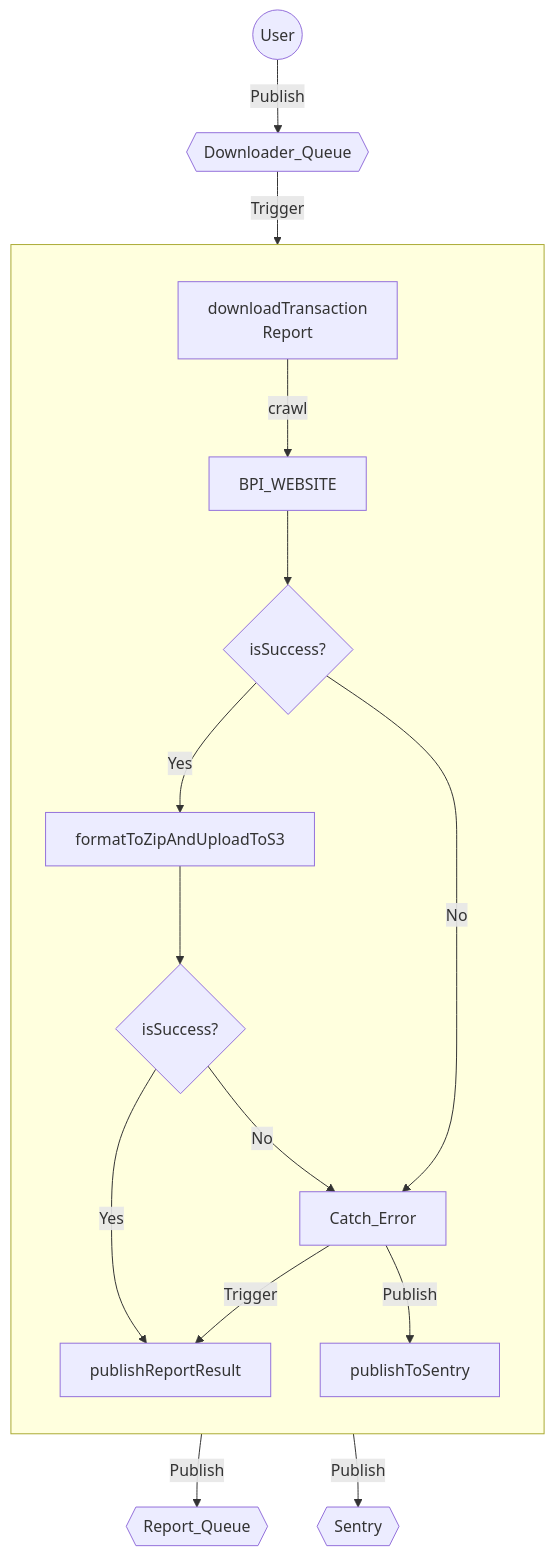
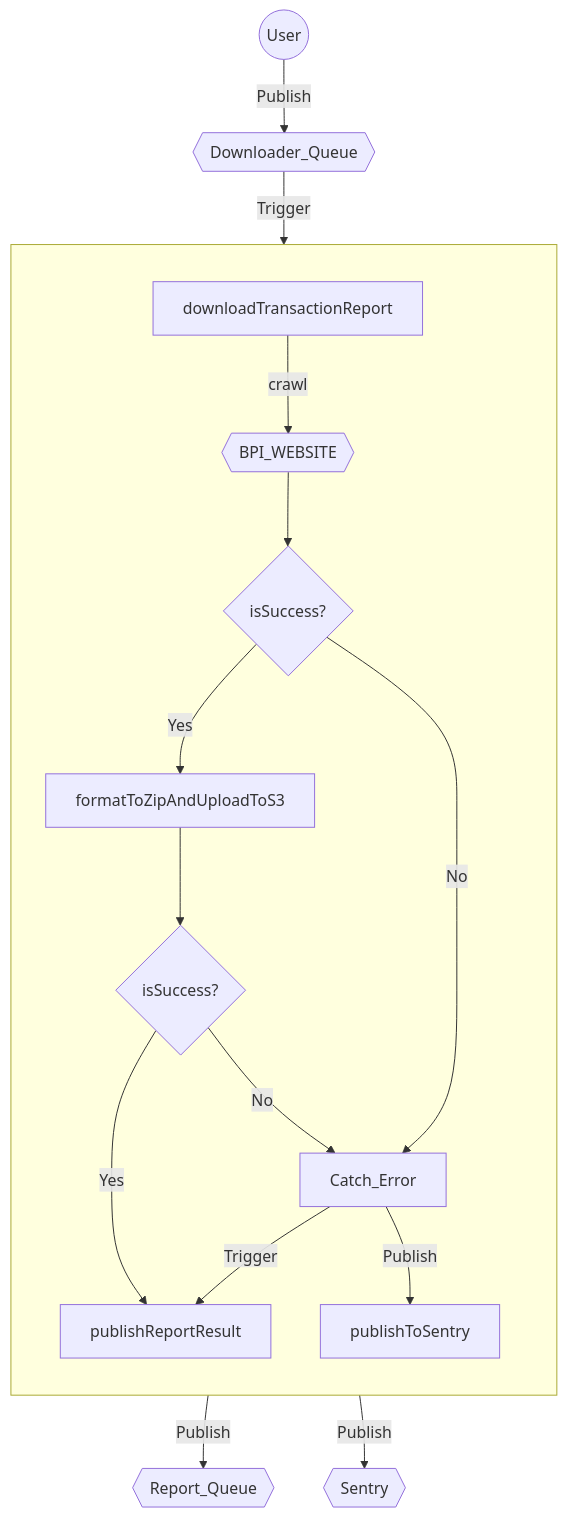
The diagram in README.md (reyapr/mermaid-playground), drawn with Mermaid before and after one commit.

````diff
--- a/README.md
+++ b/README.md
@@ -9,24 +9,24 @@
 ``` mermaid
     graph TB
     User((User)) -- Publish --> Downloader_Queue
-    Downloader_Queue{{Downloader_Queue}} -- Trigger --> downloadTransaction\nReport
+    Downloader_Queue{{Downloader_Queue}} -- Trigger --> downloadTransactionReport
     
     subgraph BPI_Controller[" "]
         direction TB
-        downloadTransaction\nReport --> |crawl| BPI_WEBSITE
+        downloadTransactionReport --> |crawl| BPI_WEBSITE{{BPI_WEBSITE}}
         BPI_WEBSITE --> crawling{isSuccess?}
         
         crawling -- Yes --> formatToZipAndUploadToS3
         crawling -- No --> Catch_Error
         
         formatToZipAndUploadToS3 --> uploaded{isSuccess?}
         uploaded -- Yes --> publishReportResult
         
         uploaded -- No --> Catch_Error
         Catch_Error -- Trigger --> publishReportResult
         Catch_Error -- Publish --> publishToSentry
     end
     
     publishReportResult -- Publish --> Report_Queue{{Report_Queue}}
     publishToSentry -- Publish --> Sentry{{Sentry}}
 ```   
````
